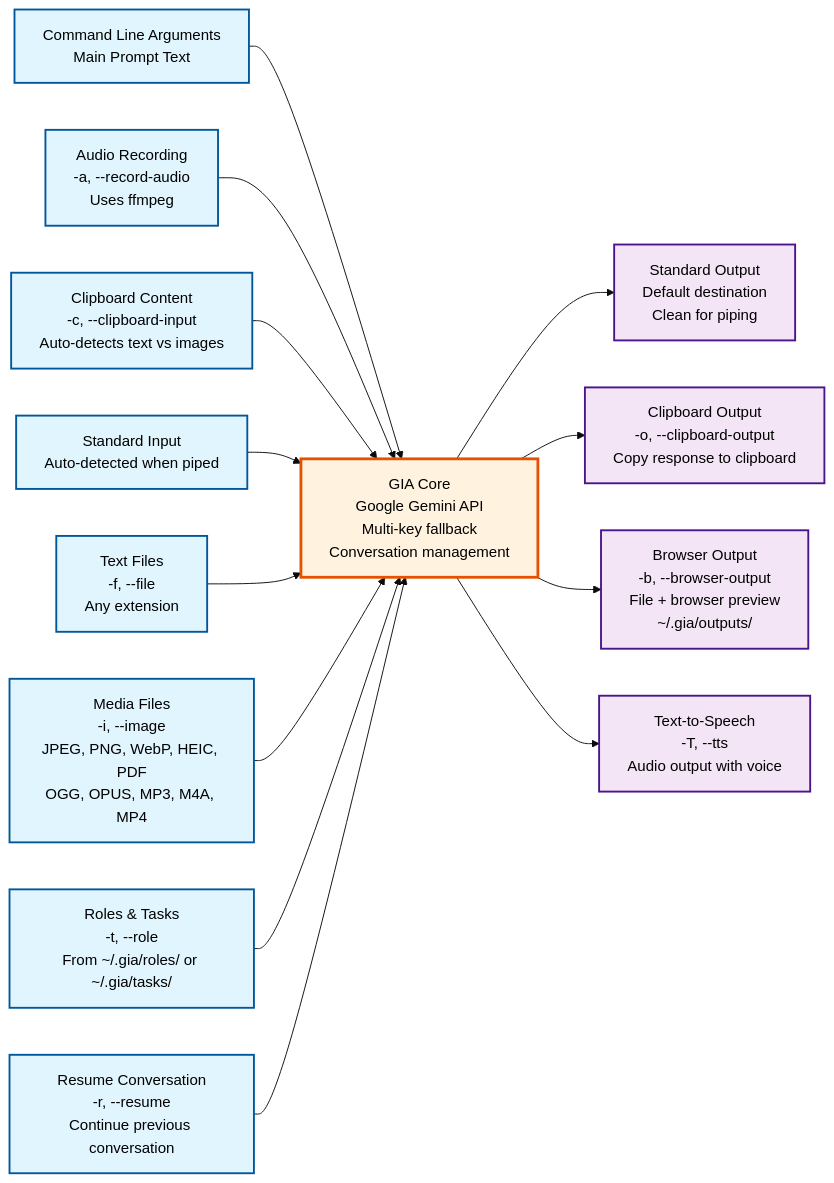
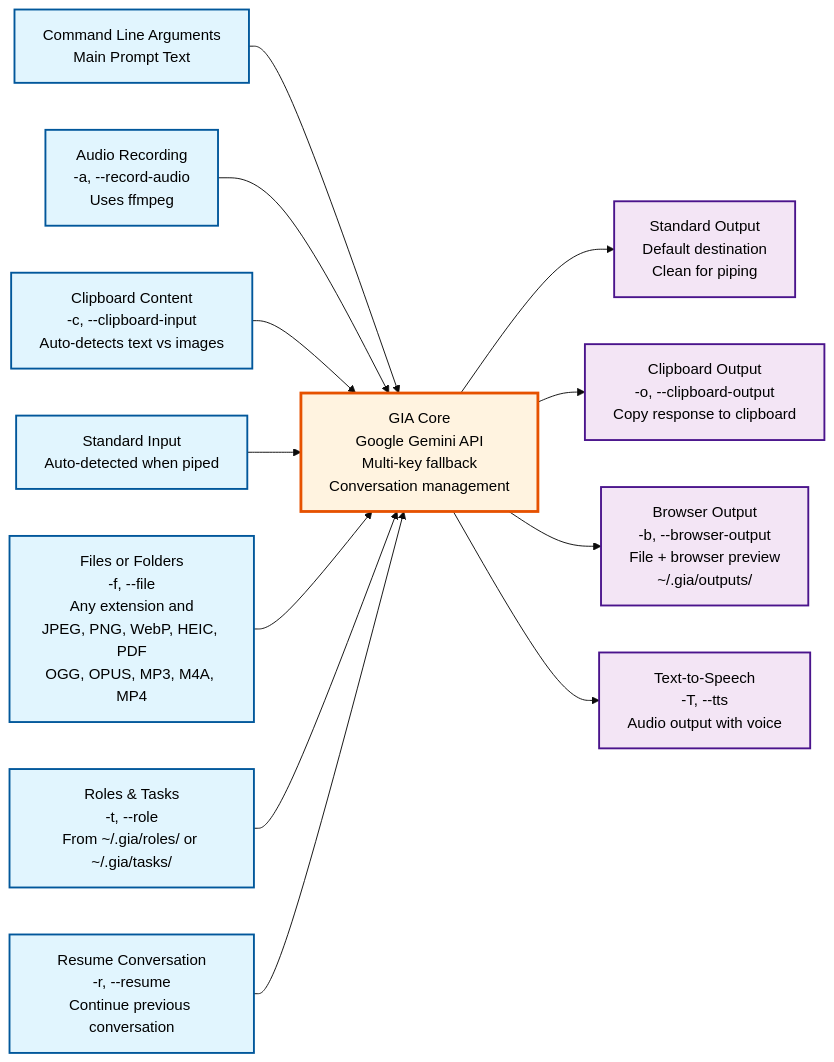
One commit to panjamo/gia changed the diagram in gia-flow-diagram.md. Above: the diagram before and after it, drawn with Mermaid (base theme).

Commit message:
docs: 📝 Consolidate file input types in flowchart

````diff
--- a/gia-flow-diagram.md
+++ b/gia-flow-diagram.md
@@ -5,47 +5,45 @@
 ```mermaid
 flowchart LR
     %% Input Sources (Left Side)
     CMD[Command Line Arguments<br/>Main Prompt Text]
     AUDIO[Audio Recording<br/>-a, --record-audio<br/>Uses ffmpeg]
     CLIPBOARD[Clipboard Content<br/>-c, --clipboard-input<br/>Auto-detects text vs images]
     STDIN[Standard Input<br/>Auto-detected when piped]
-    TEXTFILES[Text Files<br/>-f, --file<br/>Any extension]
-    MEDIAFILES[Media Files<br/>-i, --image<br/>JPEG, PNG, WebP, HEIC, PDF<br/>OGG, OPUS, MP3, M4A, MP4]
+    FILES[Files or Folders<br/>-f, --file<br/>Any extension and<br/>JPEG, PNG, WebP, HEIC, PDF<br/>OGG, OPUS, MP3, M4A, MP4]
     ROLES[Roles & Tasks<br/>-t, --role<br/>From ~/.gia/roles/ or ~/.gia/tasks/]
     RESUME[Resume Conversation<br/>-r, --resume<br/>Continue previous conversation]
 
     %% Processing Core (Center)
     GIA[GIA Core<br/>Google Gemini API<br/>Multi-key fallback<br/>Conversation management]
 
     %% Output Destinations (Right Side)
     STDOUT[Standard Output<br/>Default destination<br/>Clean for piping]
     CLIPOUT[Clipboard Output<br/>-o, --clipboard-output<br/>Copy response to clipboard]
     BROWSER[Browser Output<br/>-b, --browser-output<br/>File + browser preview<br/>~/.gia/outputs/]
     TTS[Text-to-Speech<br/>-T, --tts<br/>Audio output with voice]
 
     %% Input Flow (Left to Center)
     CMD --> GIA
     AUDIO --> GIA
     CLIPBOARD --> GIA
     STDIN --> GIA
-    TEXTFILES --> GIA
-    MEDIAFILES --> GIA
+    FILES --> GIA
     ROLES --> GIA
     RESUME --> GIA
 
     %% Output Flow (Center to Right)
     GIA --> STDOUT
     GIA --> CLIPOUT
     GIA --> BROWSER
     GIA --> TTS
 
     %% Styling
     classDef inputSource fill:#e1f5fe,stroke:#01579b,stroke-width:2px,color:#000000
     classDef outputDest fill:#f3e5f5,stroke:#4a148c,stroke-width:2px,color:#000000
     classDef core fill:#fff3e0,stroke:#e65100,stroke-width:3px,color:#000000
     classDef storage fill:#e8f5e8,stroke:#1b5e20,stroke-width:2px,color:#000000
 
-    class CMD,AUDIO,CLIPBOARD,STDIN,TEXTFILES,MEDIAFILES,ROLES,RESUME inputSource
+    class CMD,AUDIO,CLIPBOARD,STDIN,FILES,ROLES,RESUME inputSource
     class STDOUT,CLIPOUT,BROWSER,TTS outputDest
     class GIA core
 ```
````
